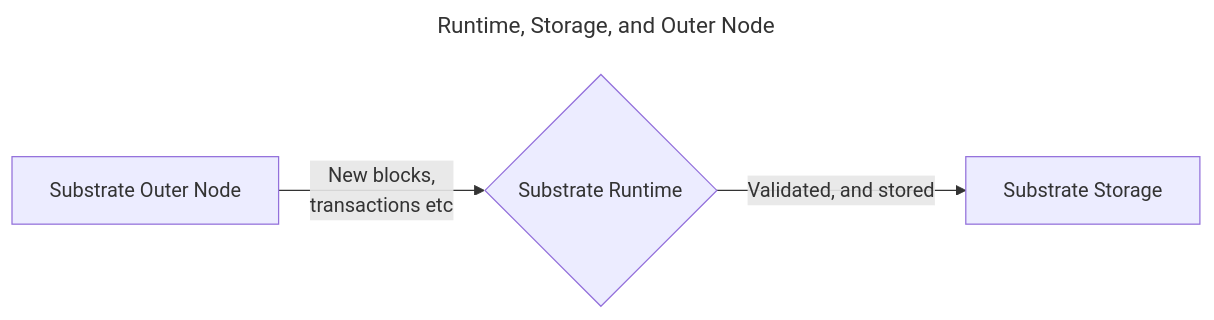
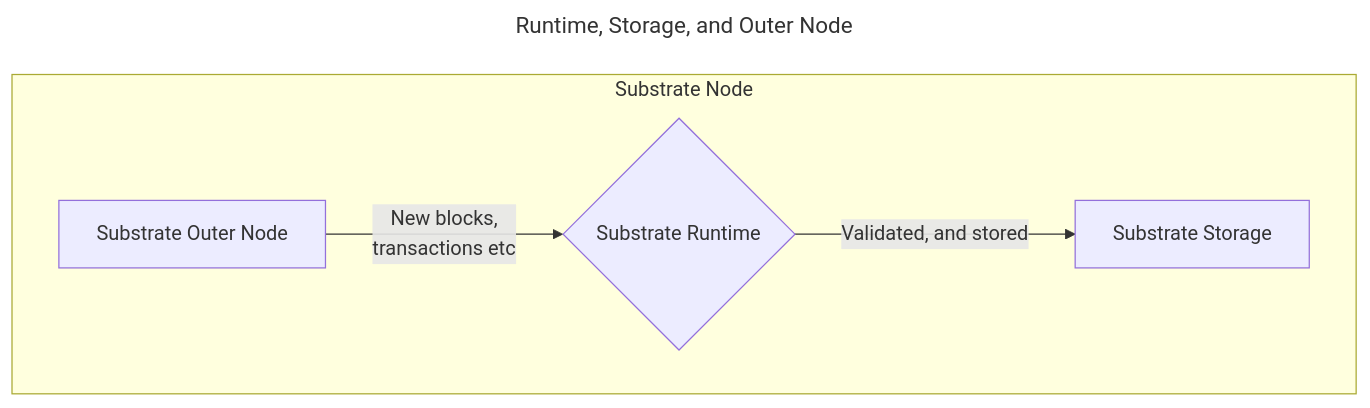
One commit to w3f/w3f-education changed the diagram in docs/Substrate/section2/substrate-runtime.md. Above: the diagram before and after it, drawn with Mermaid. The commit also changed other lines of this file, not shown here.

````diff
--- a/docs/Substrate/section2/substrate-runtime.md
+++ b/docs/Substrate/section2/substrate-runtime.md
@@ -8,7 +8,10 @@
 ```mermaid
 ---
 title: Runtime, Storage, and Outer Node
 ---
 flowchart LR
+ subgraph ide1 [Substrate Node]
+    direction LR
     ON[Substrate Outer Node]-->|New blocks, \n transactions etc| RT{Substrate Runtime}-->|Validated, and stored| ST[Substrate Storage]
+ end
 ```
````
